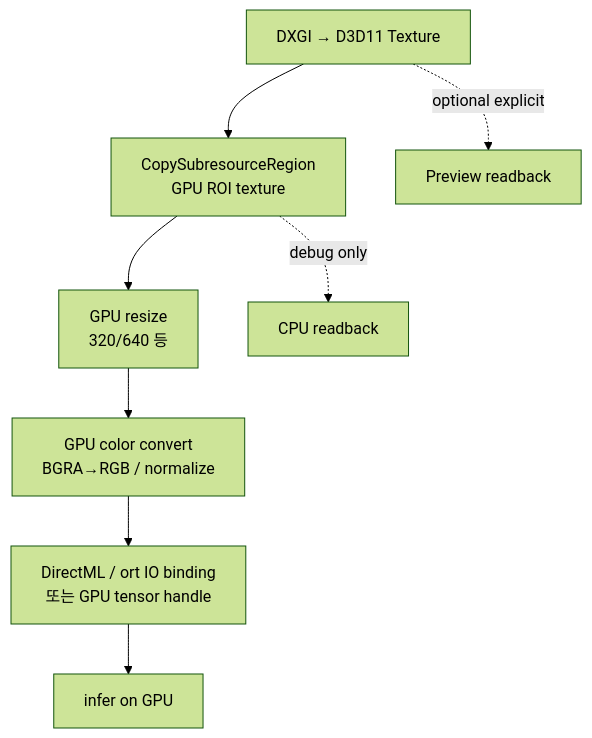
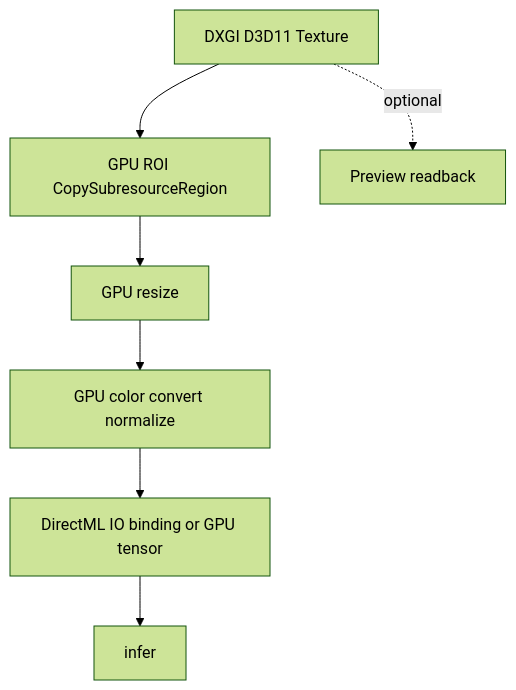
One commit to NAMUORI00/display-share changed the second of 8 diagrams in 설계안.md. Above: the diagram before and after it, drawn with Mermaid (forest theme). The commit also changed other lines of this file and 25 other files, not shown here.

First line of the commit message:
docs(wiki): complete pages for current privacy/DXGI architecture

````diff
--- a/설계안.md
+++ b/설계안.md
@@ -57,10 +52,9 @@
 ```mermaid
 flowchart TB
-  CAP["DXGI → D3D11 Texture"] --> ROI["CopySubresourceRegion<br/>GPU ROI texture"]
-  ROI --> RS["GPU resize<br/>320/640 등"]
-  RS --> CC["GPU color convert<br/>BGRA→RGB / normalize"]
-  CC --> BIND["DirectML / ort IO binding<br/>또는 GPU tensor handle"]
-  BIND --> INF["infer on GPU"]
-  CAP -.->|optional explicit| PV["Preview readback"]
-  ROI -.->|debug only| DBG["CPU readback"]
+  CAP[DXGI D3D11 Texture] --> ROI[GPU ROI CopySubresourceRegion]
+  ROI --> RS[GPU resize]
+  RS --> CC[GPU color convert normalize]
+  CC --> BIND[DirectML IO binding or GPU tensor]
+  BIND --> INF[infer]
+  CAP -.->|optional| PV[Preview readback]
 ```
````
